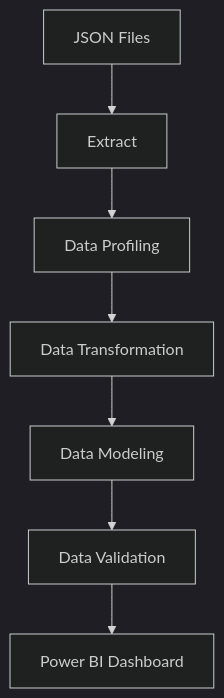
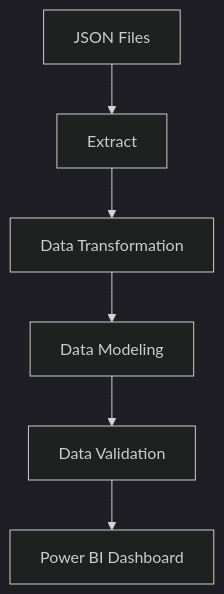
Before and after one commit to MariamAboelfadl/sales_forecast_project: the diagram in README.md, drawn with Mermaid (dark theme).

````diff
--- a/README.md
+++ b/README.md
@@ -102,15 +102,14 @@
 ```mermaid
 flowchart TD
 
 A[JSON Files] --> B[Extract]
 
-B --> C[Data Profiling]
+B -->C[Data Transformation]
 
-C --> D[Data Transformation]
+C --> D[Data Modeling]
 
-D --> E[Data Modeling]
+D --> E[Data Validation]
 
-E --> F[Data Validation]
+E --> F[Power BI Dashboard]
 
-F --> G[Power BI Dashboard]
 ```
````
